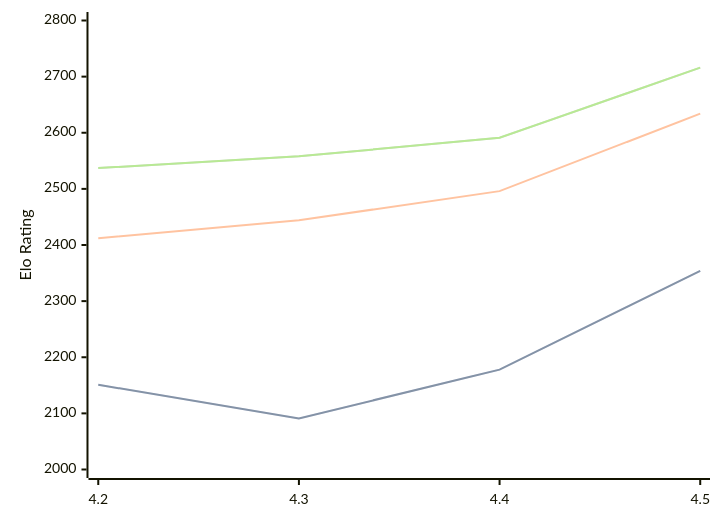
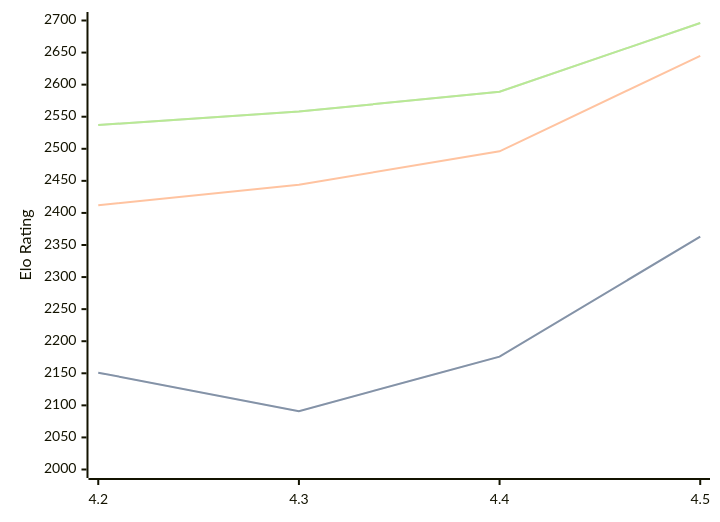
One commit to computer-chess-index/cci changed the diagram in engines/Eubos.md. Above: the diagram before and after it, drawn with Mermaid. The commit also changed other lines of this file, not shown here.

Commit message:
Update CCI Ratings (ELO VLTC) - 2026-06-12

````diff
--- a/engines/Eubos.md
+++ b/engines/Eubos.md
@@ -90,11 +90,11 @@
 ```mermaid
 %%{init: {"theme":"base","themeVariables":{"seriesColors:['#a3a3a3','#222221','#faa371']}}}%%
 xychart-beta
   x-axis ["4.2", "4.3", "4.4", "4.5"]
-  y-axis "Elo Rating" 2000 --> 2800
-  line "STC (8.0+0.08s)" [2151, 2091, 2178, 2354]
-  line "STC (8.0+0.08s)" [2151, 2091, 2178, 2354]
-  line "LTC (60.0+0.60s)" [2412, 2444, 2496, 2634]
-  line "VLTC (2m24s+1.12s)" [2537, 2558, 2591, 2716]
-  line "VLTC (2m24s+1.12s)" [2537, 2558, 2591, 2716]
+  y-axis "Elo Rating" 2000 --> 2700
+  line "STC (8.0+0.08s)" [2151, 2091, 2176, 2363]
+  line "STC (8.0+0.08s)" [2151, 2091, 2176, 2363]
+  line "LTC (60.0+0.60s)" [2412, 2444, 2496, 2645]
+  line "VLTC (2m24s+1.12s)" [2537, 2558, 2589, 2696]
+  line "VLTC (2m24s+1.12s)" [2537, 2558, 2589, 2696]
 ```
````
